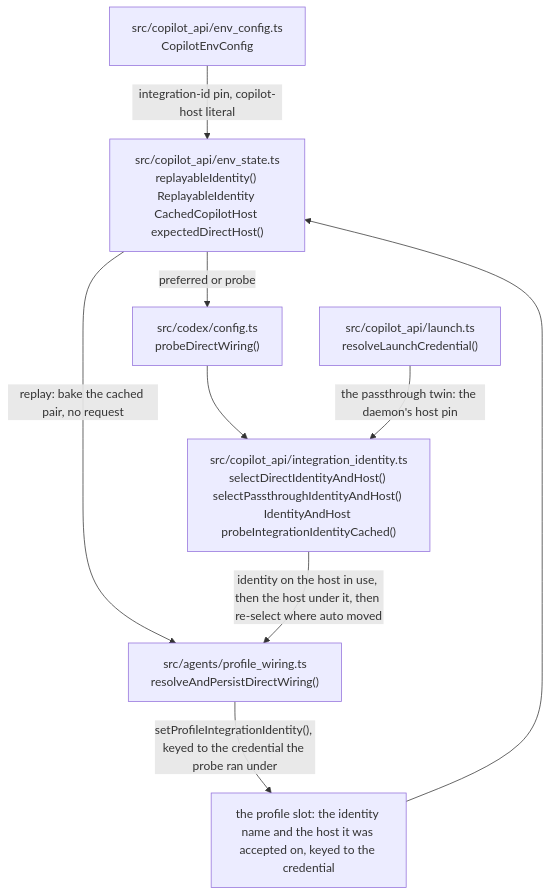
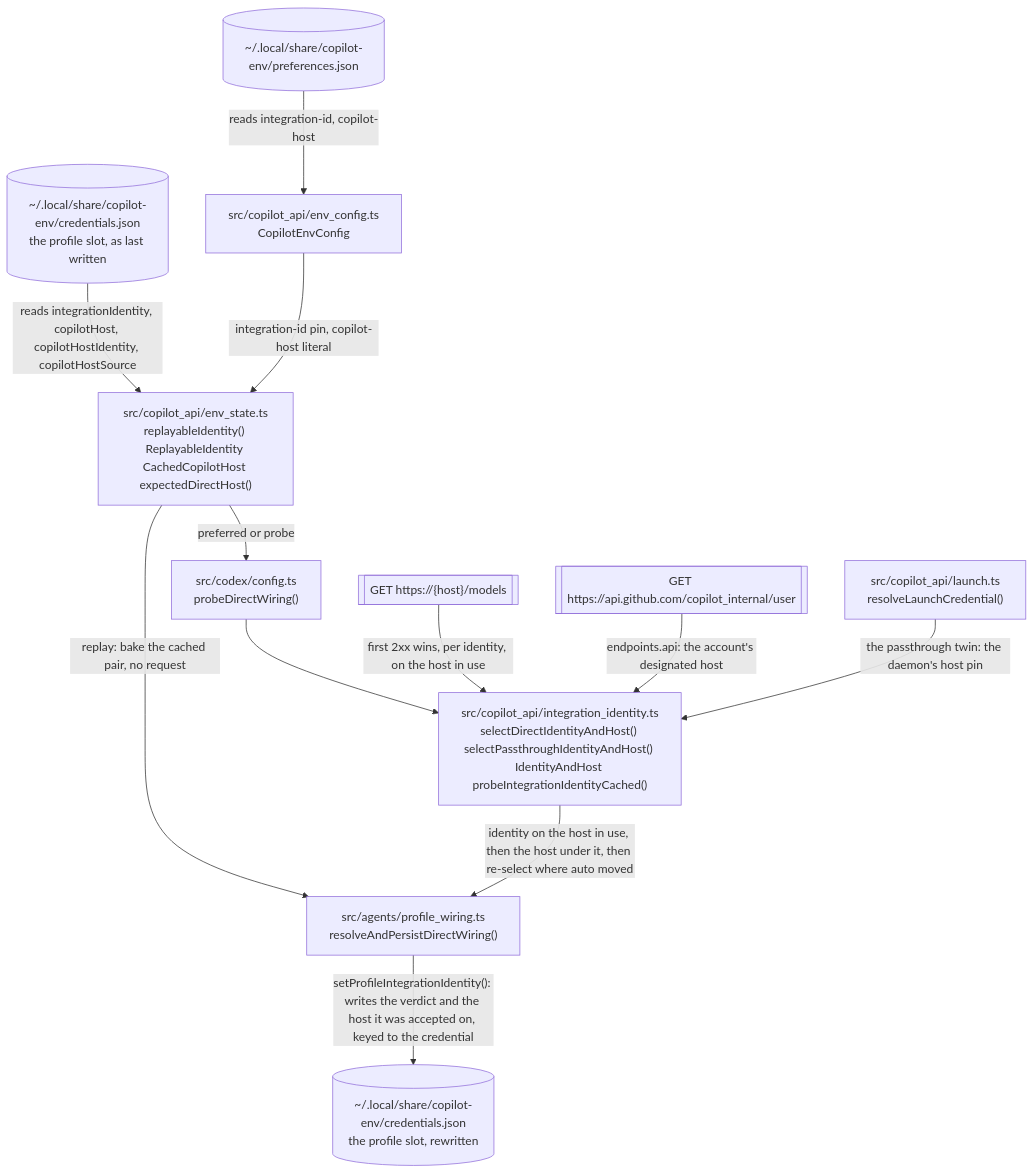
The second of 8 diagrams in docs/architecture.md (Vivswan/copilot-env), drawn with Mermaid before and after one commit. The commit also changed other lines of this file and 7 other files, not shown here.

Commit message:
docs: start every architecture diagram at what it reads and end at what it writes; group the site sidebar

````diff
--- a/docs/architecture.md
+++ b/docs/architecture.md
@@ -32,18 +53,25 @@
 ```mermaid
 flowchart TD
+  prefs[("~/.local/share/copilot-env/preferences.json")]
+  slotin[("~/.local/share/copilot-env/credentials.json<br>the profile slot, as last written")]
+  models[["GET https://{host}/models"]]
+  user[["GET https://api.github.com/copilot_internal/user"]]
   config["src/copilot_api/env_config.ts<br>CopilotEnvConfig"]
-  slot["the profile slot: the identity name and the host it was accepted on, keyed to the credential"]
   rule["src/copilot_api/env_state.ts<br>replayableIdentity() ReplayableIdentity CachedCopilotHost expectedDirectHost()"]
   persist["src/agents/profile_wiring.ts<br>resolveAndPersistDirectWiring()"]
   probe["src/codex/config.ts<br>probeDirectWiring()"]
   select["src/copilot_api/integration_identity.ts<br>selectDirectIdentityAndHost() selectPassthroughIdentityAndHost() IdentityAndHost probeIntegrationIdentityCached()"]
   launch["src/copilot_api/launch.ts<br>resolveLaunchCredential()"]
+  slotout[("~/.local/share/copilot-env/credentials.json<br>the profile slot, rewritten")]
+  prefs -->|"reads integration-id, copilot-host"| config
+  slotin -->|"reads integrationIdentity, copilotHost, copilotHostIdentity, copilotHostSource"| rule
   config -->|"integration-id pin, copilot-host literal"| rule
-  slot --> rule
   rule -->|"replay: bake the cached pair, no request"| persist
   rule -->|"preferred or probe"| probe
   probe --> select
+  models -->|"first 2xx wins, per identity, on the host in use"| select
+  user -->|"endpoints.api: the account's designated host"| select
   select -->|"identity on the host in use, then the host under it, then re-select where auto moved"| persist
-  persist -->|"setProfileIntegrationIdentity(), keyed to the credential the probe ran under"| slot
+  persist -->|"setProfileIntegrationIdentity(): writes the verdict and the host it was accepted on, keyed to the credential"| slotout
   launch -->|"the passthrough twin: the daemon's host pin"| select
 ```
````
